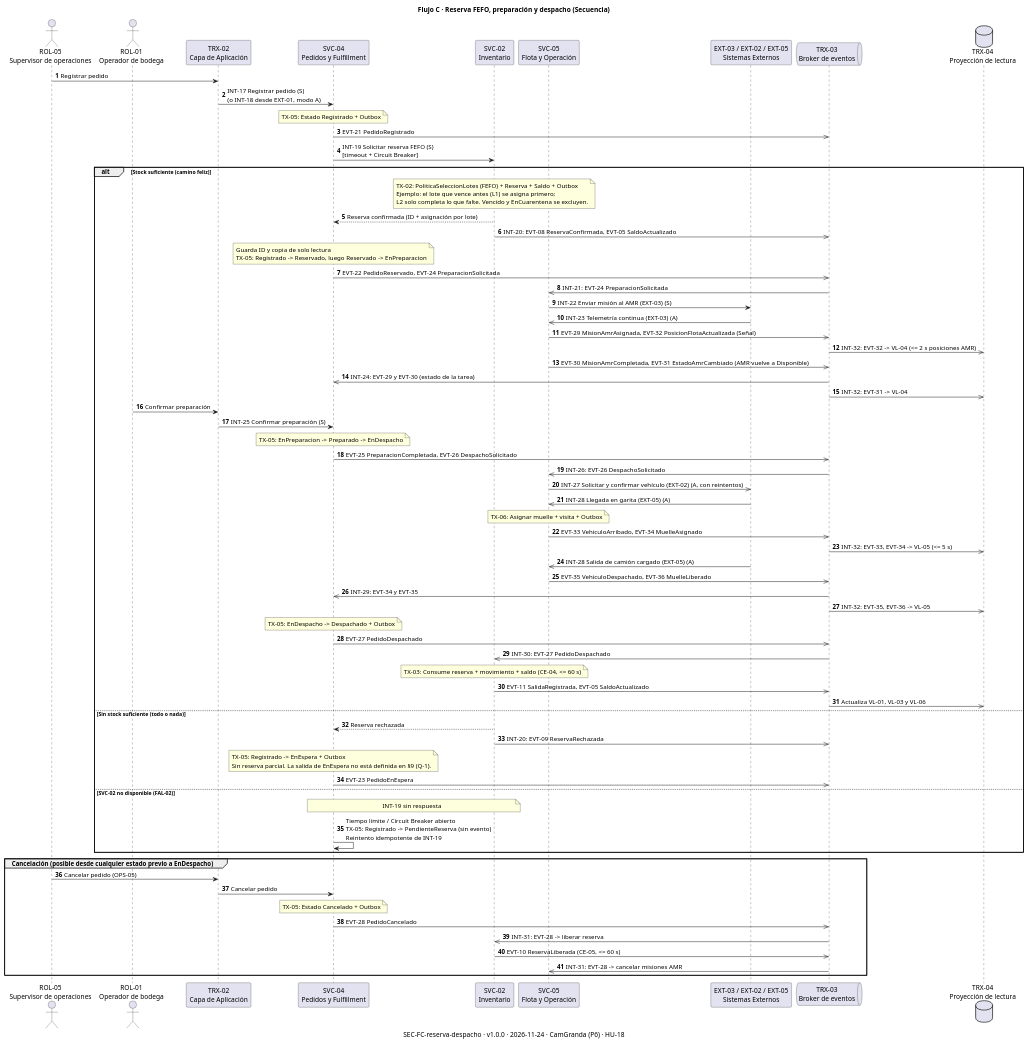
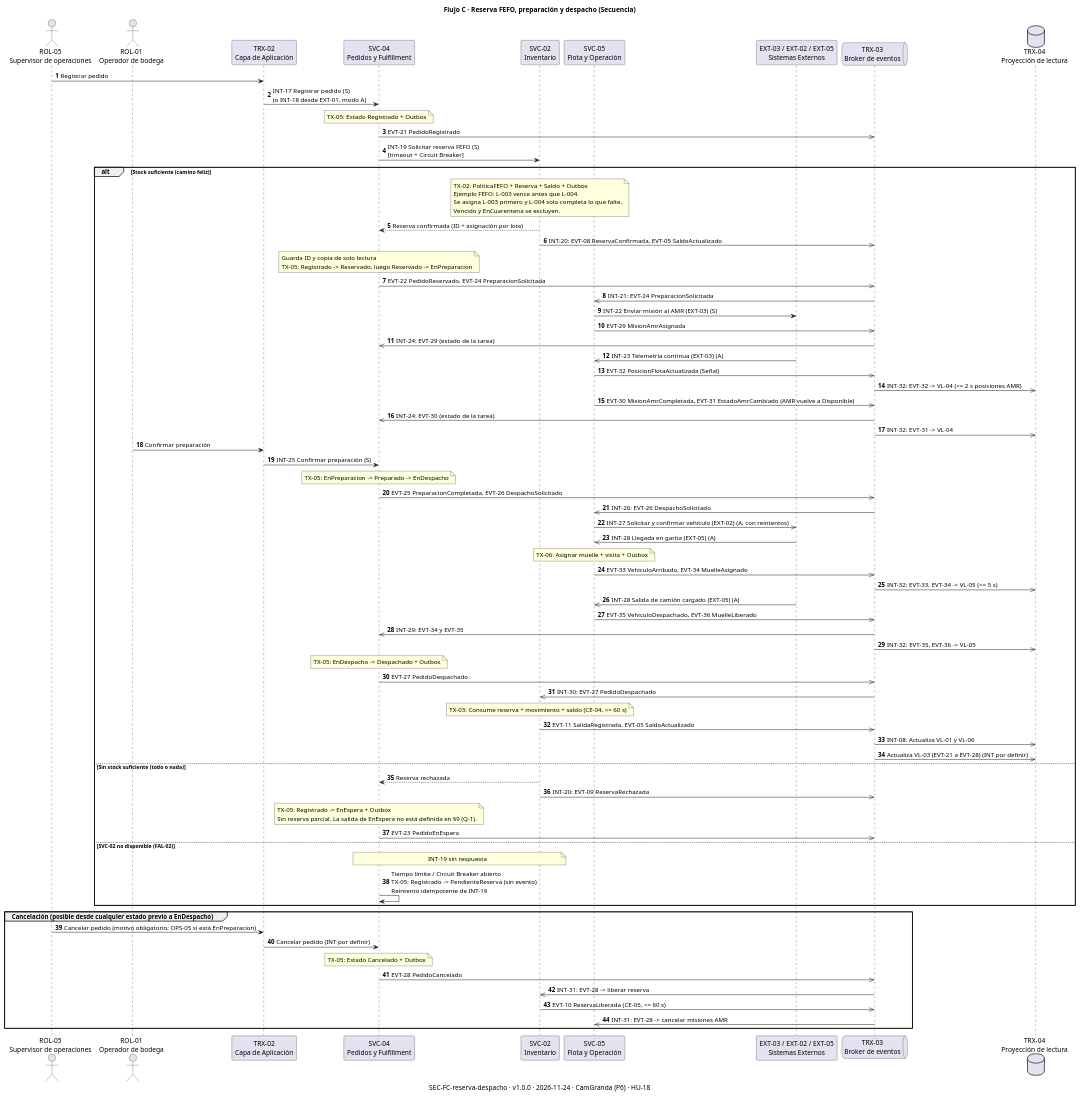
The diagram in diagramas/secuencia/src/SEC-FC-reserva-despacho.puml (elorgus/Deber-2-Sistemas), drawn with PlantUML before and after one commit.

Commit message:
docs(HU-18): corrige SEC-FC segun revision P5

```diff
--- a/diagramas/secuencia/src/SEC-FC-reserva-despacho.puml
+++ b/diagramas/secuencia/src/SEC-FC-reserva-despacho.puml
@@ -1,82 +1,85 @@
 @startuml
 title Flujo C · Reserva FEFO, preparación y despacho (Secuencia)
 caption SEC-FC-reserva-despacho · v1.0.0 · 2026-11-24 · CamGranda (P6) · HU-18
 autonumber
 
 actor "ROL-05\nSupervisor de operaciones" as SUP
 actor "ROL-01\nOperador de bodega" as OPE
 participant "TRX-02\nCapa de Aplicación" as APP
 participant "SVC-04\nPedidos y Fulfillment" as PED
 participant "SVC-02\nInventario" as INV
 participant "SVC-05\nFlota y Operación" as FLO
 participant "EXT-03 / EXT-02 / EXT-05\nSistemas Externos" as EXT
 queue "TRX-03\nBroker de eventos" as BRK
 database "TRX-04\nProyección de lectura" as PRY
 
 SUP -> APP : Registrar pedido
 APP -> PED : INT-17 Registrar pedido (S)\n(o INT-18 desde EXT-01, modo A)
 note over PED : TX-05: Estado Registrado + Outbox
 PED ->> BRK : EVT-21 PedidoRegistrado
 
 PED -> INV : INT-19 Solicitar reserva FEFO (S)\n[timeout + Circuit Breaker]
 
 alt Stock suficiente (camino feliz)
-  note over INV : TX-02: PoliticaSeleccionLotes (FEFO) + Reserva + Saldo + Outbox\nEjemplo: el lote que vence antes (L1) se asigna primero;\nL2 solo completa lo que falte. Vencido y EnCuarentena se excluyen.
+  note over INV : TX-02: PoliticaFEFO + Reserva + Saldo + Outbox\nEjemplo FEFO: L-003 vence antes que L-004.\nSe asigna L-003 primero y L-004 solo completa lo que falte.\nVencido y EnCuarentena se excluyen.
   INV --> PED : Reserva confirmada (ID + asignación por lote)
   INV ->> BRK : INT-20: EVT-08 ReservaConfirmada, EVT-05 SaldoActualizado
   note over PED : Guarda ID y copia de solo lectura\nTX-05: Registrado -> Reservado, luego Reservado -> EnPreparacion
   PED ->> BRK : EVT-22 PedidoReservado, EVT-24 PreparacionSolicitada
   BRK ->> FLO : INT-21: EVT-24 PreparacionSolicitada
 
   FLO -> EXT : INT-22 Enviar misión al AMR (EXT-03) (S)
+  FLO ->> BRK : EVT-29 MisionAmrAsignada
+  BRK ->> PED : INT-24: EVT-29 (estado de la tarea)
   EXT ->> FLO : INT-23 Telemetría continua (EXT-03) (A)
-  FLO ->> BRK : EVT-29 MisionAmrAsignada, EVT-32 PosicionFlotaActualizada (Señal)
+  FLO ->> BRK : EVT-32 PosicionFlotaActualizada (Señal)
   BRK ->> PRY : INT-32: EVT-32 -> VL-04 (<= 2 s posiciones AMR)
   FLO ->> BRK : EVT-30 MisionAmrCompletada, EVT-31 EstadoAmrCambiado (AMR vuelve a Disponible)
-  BRK ->> PED : INT-24: EVT-29 y EVT-30 (estado de la tarea)
+  BRK ->> PED : INT-24: EVT-30 (estado de la tarea)
   BRK ->> PRY : INT-32: EVT-31 -> VL-04
 
   OPE -> APP : Confirmar preparación
   APP -> PED : INT-25 Confirmar preparación (S)
   note over PED : TX-05: EnPreparacion -> Preparado -> EnDespacho
   PED ->> BRK : EVT-25 PreparacionCompletada, EVT-26 DespachoSolicitado
   BRK ->> FLO : INT-26: EVT-26 DespachoSolicitado
 
   FLO ->> EXT : INT-27 Solicitar y confirmar vehículo (EXT-02) (A, con reintentos)
   EXT ->> FLO : INT-28 Llegada en garita (EXT-05) (A)
   note over FLO : TX-06: Asignar muelle + visita + Outbox
   FLO ->> BRK : EVT-33 VehiculoArribado, EVT-34 MuelleAsignado
   BRK ->> PRY : INT-32: EVT-33, EVT-34 -> VL-05 (<= 5 s)
   EXT ->> FLO : INT-28 Salida de camión cargado (EXT-05) (A)
   FLO ->> BRK : EVT-35 VehiculoDespachado, EVT-36 MuelleLiberado
   BRK ->> PED : INT-29: EVT-34 y EVT-35
   BRK ->> PRY : INT-32: EVT-35, EVT-36 -> VL-05
 
   note over PED : TX-05: EnDespacho -> Despachado + Outbox
   PED ->> BRK : EVT-27 PedidoDespachado
   BRK ->> INV : INT-30: EVT-27 PedidoDespachado
   note over INV : TX-03: Consume reserva + movimiento + saldo (CE-04, <= 60 s)
   INV ->> BRK : EVT-11 SalidaRegistrada, EVT-05 SaldoActualizado
-  BRK ->> PRY : Actualiza VL-01, VL-03 y VL-06
+  BRK ->> PRY : INT-08: Actualiza VL-01 y VL-06
+  BRK ->> PRY : Actualiza VL-03 (EVT-21 a EVT-28) (INT por definir)
 
 else Sin stock suficiente (todo o nada)
   INV --> PED : Reserva rechazada
   INV ->> BRK : INT-20: EVT-09 ReservaRechazada
   note over PED : TX-05: Registrado -> EnEspera + Outbox\nSin reserva parcial. La salida de EnEspera no está definida en §9 (Q-1).
   PED ->> BRK : EVT-23 PedidoEnEspera
 
 else SVC-02 no disponible (FAL-02)
   note over PED, INV : INT-19 sin respuesta
   PED -> PED : Tiempo límite / Circuit Breaker abierto\nTX-05: Registrado -> PendienteReserva (sin evento)\nReintento idempotente de INT-19
 end
 
 group Cancelación (posible desde cualquier estado previo a EnDespacho)
-  SUP -> APP : Cancelar pedido (OPS-05)
-  APP -> PED : Cancelar pedido
+  SUP -> APP : Cancelar pedido (motivo obligatorio; OPS-05 si está EnPreparacion)
+  APP -> PED : Cancelar pedido (INT por definir)
   note over PED : TX-05: Estado Cancelado + Outbox
   PED ->> BRK : EVT-28 PedidoCancelado
   BRK ->> INV : INT-31: EVT-28 -> liberar reserva
   INV ->> BRK : EVT-10 ReservaLiberada (CE-05, <= 60 s)
   BRK ->> FLO : INT-31: EVT-28 -> cancelar misiones AMR
 end
 @enduml
```
